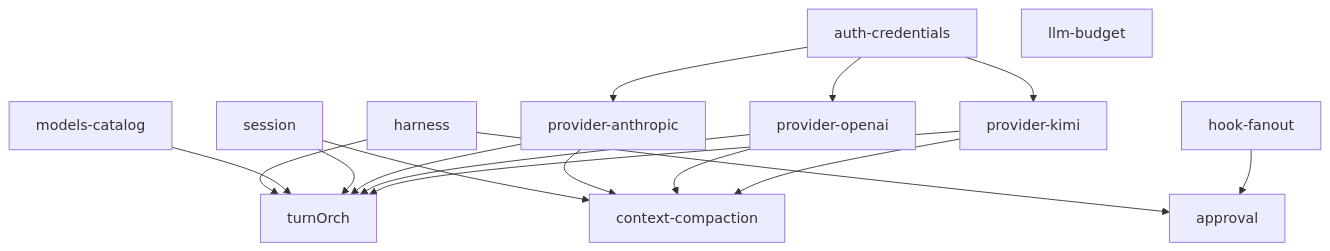
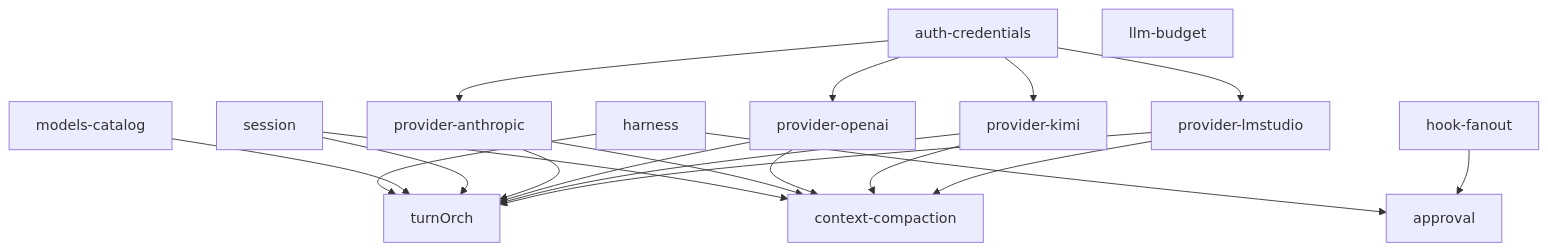
Before and after one commit to iii-hq/workers: the fourth of 5 diagrams in harness/docs/architecture.md, drawn with Mermaid. The commit also changed other lines of this file and 90 other files, not shown here.

````diff
--- a/harness/docs/architecture.md
+++ b/harness/docs/architecture.md
@@ -196,19 +200,22 @@
 ```mermaid
 flowchart TD
   harness --> turnOrch
   harness --> approval
   models[models-catalog] --> turnOrch
   session --> turnOrch
   auth[auth-credentials] --> provAnth[provider-anthropic]
   auth --> provOAI[provider-openai]
   auth --> provKimi[provider-kimi]
+  auth --> provLms[provider-lmstudio]
   provAnth --> turnOrch
   provOAI --> turnOrch
   provKimi --> turnOrch
+  provLms --> turnOrch
   hook[hook-fanout] --> approval
   session --> compact[context-compaction]
   provAnth --> compact
   provOAI --> compact
   provKimi --> compact
+  provLms --> compact
   budget[llm-budget]
 ```
````
